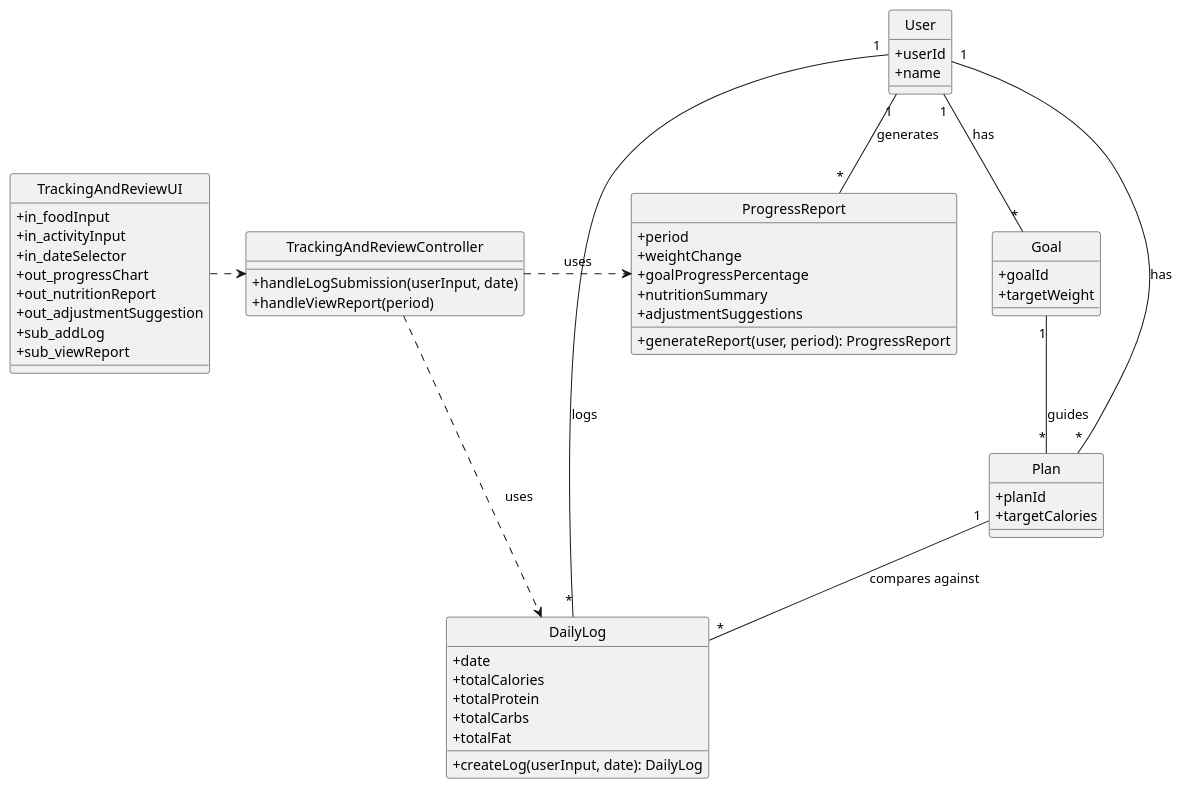
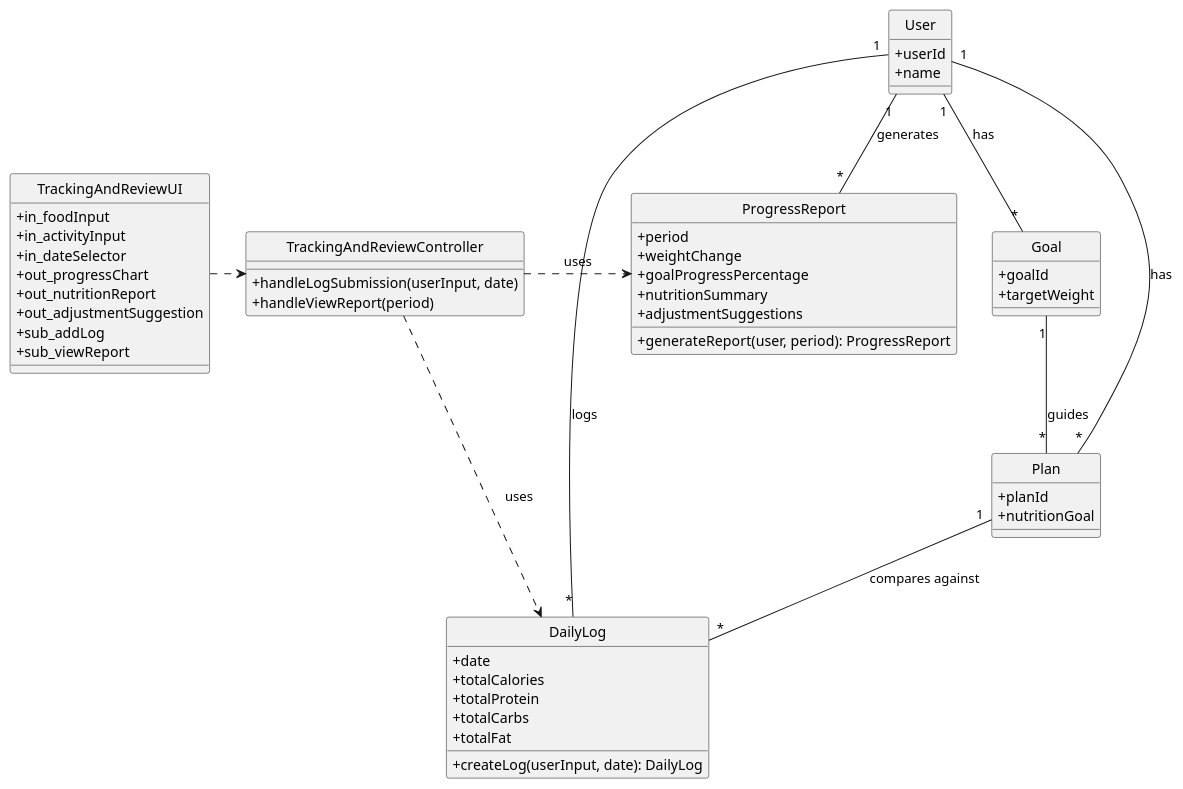
The diagram in Analysis/Class/Uml/TrackingAndReviewAnalysis.puml (LQTam787/Thesis), drawn with PlantUML before and after one commit. The commit also changed 23 other files, not shown here.

```diff
--- a/Analysis/Class/Uml/TrackingAndReviewAnalysis.puml
+++ b/Analysis/Class/Uml/TrackingAndReviewAnalysis.puml
@@ -1,84 +1,84 @@
 @startuml TrackingAndReviewAnalysis
 
 ' Ghi chú: Biểu đồ này được tạo tự động dựa trên phân tích yêu cầu.
 ' Tuân thủ các quy ước đặt tên và cấu trúc theo hướng dẫn.
 
 skinparam classAttributeIconSize 0
 skinparam style strictuml
 
 ' Định nghĩa các lớp
 
 ' Lớp Biên (Boundary Class)
 class TrackingAndReviewUI {
   +in_foodInput
   +in_activityInput
   +in_dateSelector
   +out_progressChart
   +out_nutritionReport
   +out_adjustmentSuggestion
   +sub_addLog
   +sub_viewReport
 }
 
 ' Lớp Điều Khiển (Control Class)
 class TrackingAndReviewController {
   +handleLogSubmission(userInput, date)
   +handleViewReport(period)
 }
 
 ' Các Lớp Thực Thể (Entity Classes)
 entity DailyLog {
   +date
   +totalCalories
   +totalProtein
   +totalCarbs
   +totalFat
   +createLog(userInput, date): DailyLog
 }
 
 entity ProgressReport {
   +period
   +weightChange
   +goalProgressPercentage
   +nutritionSummary
   +adjustmentSuggestions
   +generateReport(user, period): ProgressReport
 }
 
 entity User {
   +userId
   +name
   ' ... các thuộc tính khác
 }
 
 entity Goal {
   +goalId
   +targetWeight
   ' ... các thuộc tính khác
 }
 
 entity Plan {
   +planId
-  +targetCalories
+  +nutritionGoal
   ' ... các thuộc tính khác
 }
 
 ' Định nghĩa các mối quan hệ
 
 ' UI -> Controller
 TrackingAndReviewUI .> TrackingAndReviewController
 
 ' Controller -> Entities & Methods
 TrackingAndReviewController .> DailyLog : uses
 TrackingAndReviewController .> ProgressReport : uses
 
 ' Quan hệ giữa các thực thể
 User "1" -- "*" Goal : has
 User "1" -- "*" Plan : has
 User "1" -- "*" DailyLog : logs
 User "1" -- "*" ProgressReport : generates
 
 Goal "1" -- "*" Plan : guides
 Plan "1" -- "*" DailyLog : compares against
 
 @enduml
```
